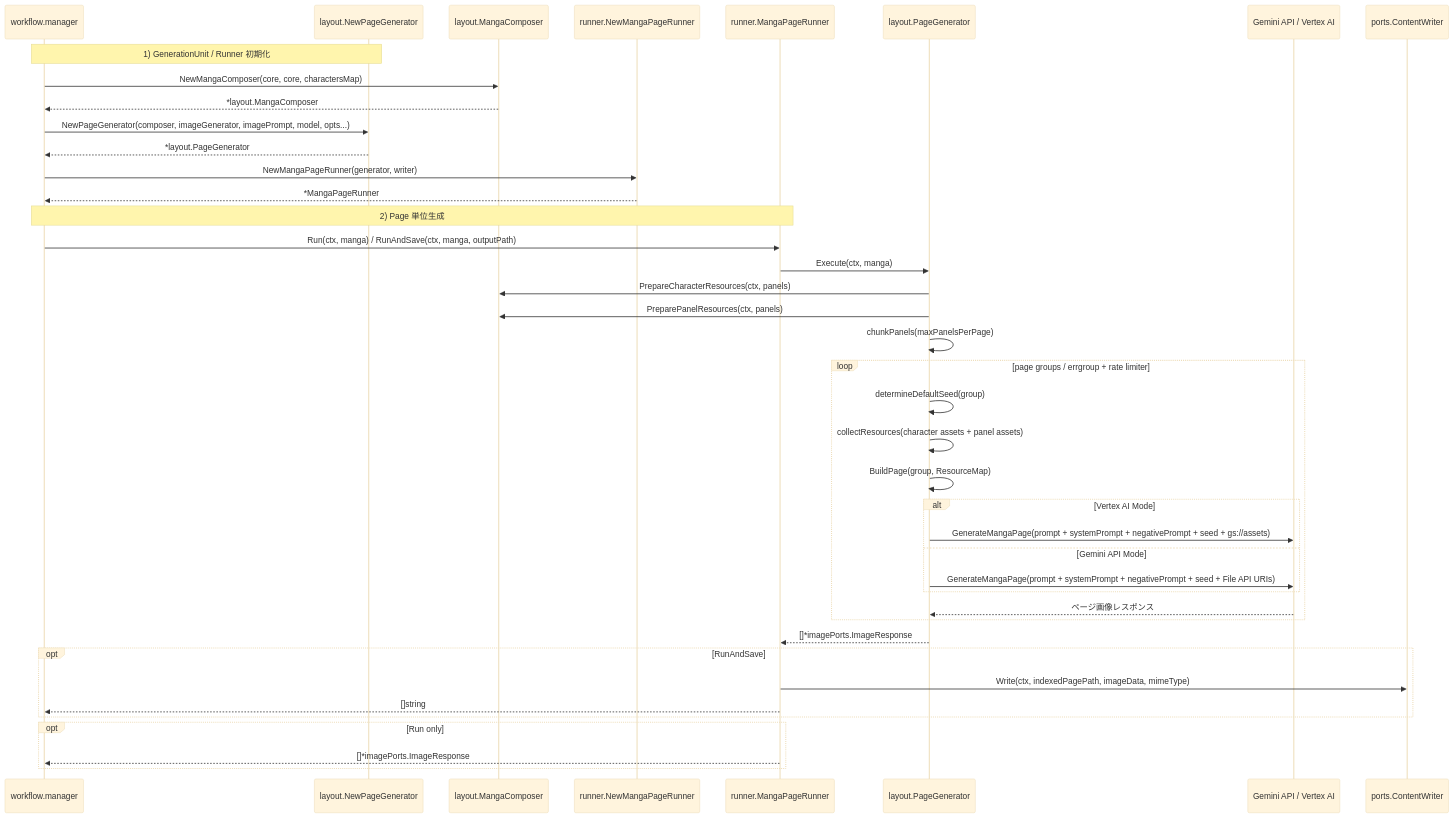
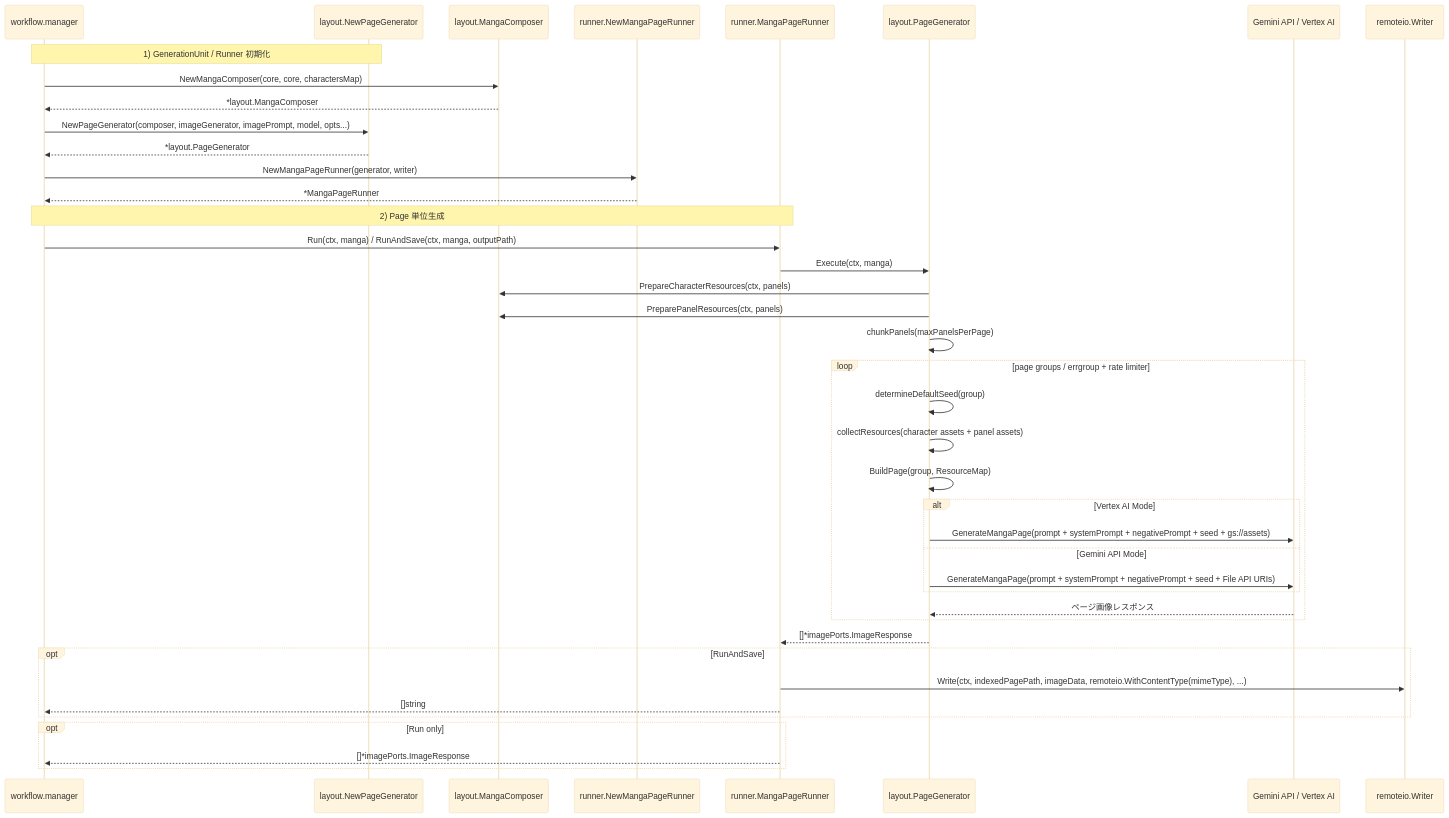
Before and after one commit to shouni/go-manga-kit: the second of 2 diagrams in README.md, drawn with Mermaid (base theme). The commit also changed other lines of this file and 9 other files, not shown here.

Commit message:
Chore: Replace `ContentWriter` with `remoteio.Writer`, refactor content writing methods to support optional parameters, update dependencies, and revise README diagrams accordingly.

````diff
--- a/README.md
+++ b/README.md
@@ -117,52 +117,52 @@
 ```mermaid
 sequenceDiagram
   participant WF as workflow.manager
   participant LPage as layout.NewPageGenerator
   participant Composer as layout.MangaComposer
   participant PFactory as runner.NewMangaPageRunner
   participant PageRunner as runner.MangaPageRunner
   participant PageGen as layout.PageGenerator
   participant API as Gemini API / Vertex AI
-  participant Writer as ports.ContentWriter
+  participant Writer as remoteio.Writer
 
   Note over WF,LPage: 1) GenerationUnit / Runner 初期化
   WF->>Composer: NewMangaComposer(core, core, charactersMap)
   Composer-->>WF: *layout.MangaComposer
   WF->>LPage: NewPageGenerator(composer, imageGenerator, imagePrompt, model, opts...)
   LPage-->>WF: *layout.PageGenerator
   WF->>PFactory: NewMangaPageRunner(generator, writer)
   PFactory-->>WF: *MangaPageRunner
 
   Note over WF,PageRunner: 2) Page 単位生成
   WF->>PageRunner: Run(ctx, manga) / RunAndSave(ctx, manga, outputPath)
   PageRunner->>PageGen: Execute(ctx, manga)
   PageGen->>Composer: PrepareCharacterResources(ctx, panels)
   PageGen->>Composer: PreparePanelResources(ctx, panels)
   PageGen->>PageGen: chunkPanels(maxPanelsPerPage)
 
   loop page groups / errgroup + rate limiter
     PageGen->>PageGen: determineDefaultSeed(group)
     PageGen->>PageGen: collectResources(character assets + panel assets)
     PageGen->>PageGen: BuildPage(group, ResourceMap)
 
     alt Vertex AI Mode
       PageGen->>API: GenerateMangaPage(prompt + systemPrompt + negativePrompt + seed + gs://assets)
     else Gemini API Mode
       PageGen->>API: GenerateMangaPage(prompt + systemPrompt + negativePrompt + seed + File API URIs)
     end
 
     API-->>PageGen: ページ画像レスポンス
   end
 
   PageGen-->>PageRunner: []*imagePorts.ImageResponse
 
   opt RunAndSave
-    PageRunner->>Writer: Write(ctx, indexedPagePath, imageData, mimeType)
+    PageRunner->>Writer: Write(ctx, indexedPagePath, imageData, remoteio.WithContentType(mimeType), ...)
     PageRunner-->>WF: []string
   end
 
   opt Run only
     PageRunner-->>WF: []*imagePorts.ImageResponse
   end
 
 ```
````
